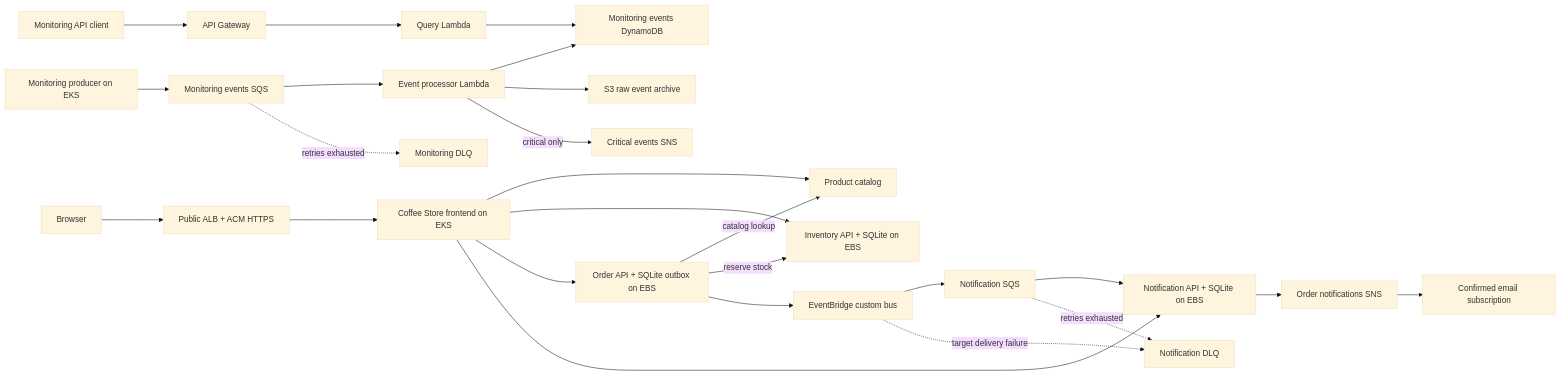
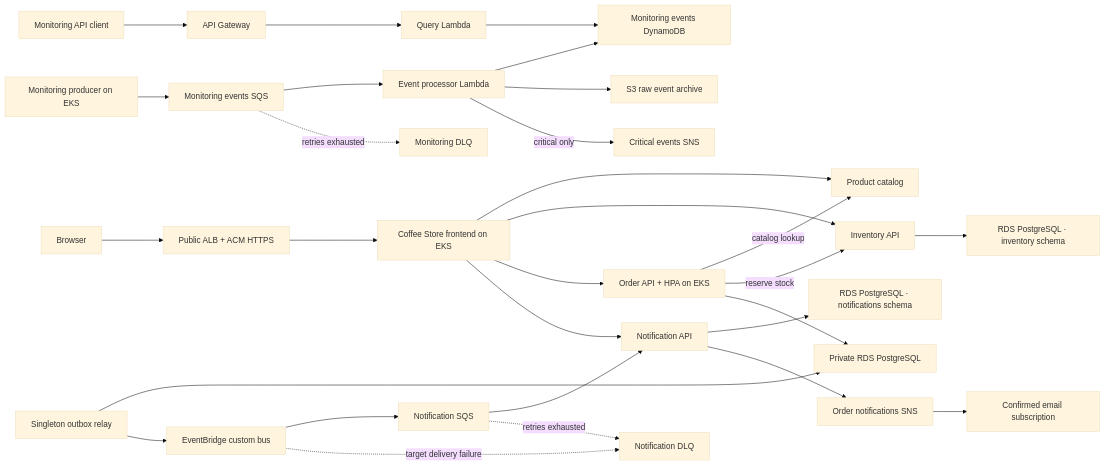
One commit to oguduf/retail-microservices-eks-platform changed the diagram in docs/architecture.md. Above: the diagram before and after it, drawn with Mermaid (base theme). The commit also changed other lines of this file and 31 other files, not shown here.

````diff
--- a/docs/architecture.md
+++ b/docs/architecture.md
@@ -5,21 +5,25 @@
 ```mermaid
 flowchart LR
     Producer["Monitoring producer on EKS"] --> MonitoringQueue["Monitoring events SQS"] --> Processor["Event processor Lambda"]
     MonitoringQueue -. retries exhausted .-> MonitoringDLQ["Monitoring DLQ"]
     Processor --> EventsTable["Monitoring events DynamoDB"]
     Processor --> Archive["S3 raw event archive"]
     Processor -->|critical only| CriticalTopic["Critical events SNS"]
     Client["Monitoring API client"] --> APIGateway["API Gateway"] --> Query["Query Lambda"] --> EventsTable
 
     Browser --> ALB["Public ALB + ACM HTTPS"] --> Frontend["Coffee Store frontend on EKS"]
     Frontend --> Product["Product catalog"]
-    Frontend --> Inventory["Inventory API + SQLite on EBS"]
-    Frontend --> Orders["Order API + SQLite outbox on EBS"]
-    Frontend --> Notifications["Notification API + SQLite on EBS"]
+    Frontend --> Inventory["Inventory API"]
+    Frontend --> Orders["Order API + HPA on EKS"]
+    Frontend --> Notifications["Notification API"]
     Orders -->|catalog lookup| Product
     Orders -->|reserve stock| Inventory
-    Orders --> EventBus["EventBridge custom bus"] --> NotificationQueue["Notification SQS"] --> Notifications
+    Orders --> OrdersDB["Private RDS PostgreSQL"]
+    Inventory --> InventoryDB["RDS PostgreSQL · inventory schema"]
+    Notifications --> NotificationDB["RDS PostgreSQL · notifications schema"]
+    OutboxRelay["Singleton outbox relay"] --> OrdersDB
+    OutboxRelay --> EventBus["EventBridge custom bus"] --> NotificationQueue["Notification SQS"] --> Notifications
     EventBus -. target delivery failure .-> NotificationDLQ["Notification DLQ"]
     NotificationQueue -. retries exhausted .-> NotificationDLQ
     Notifications --> OrderTopic["Order notifications SNS"] --> Email["Confirmed email subscription"]
 ```
````
